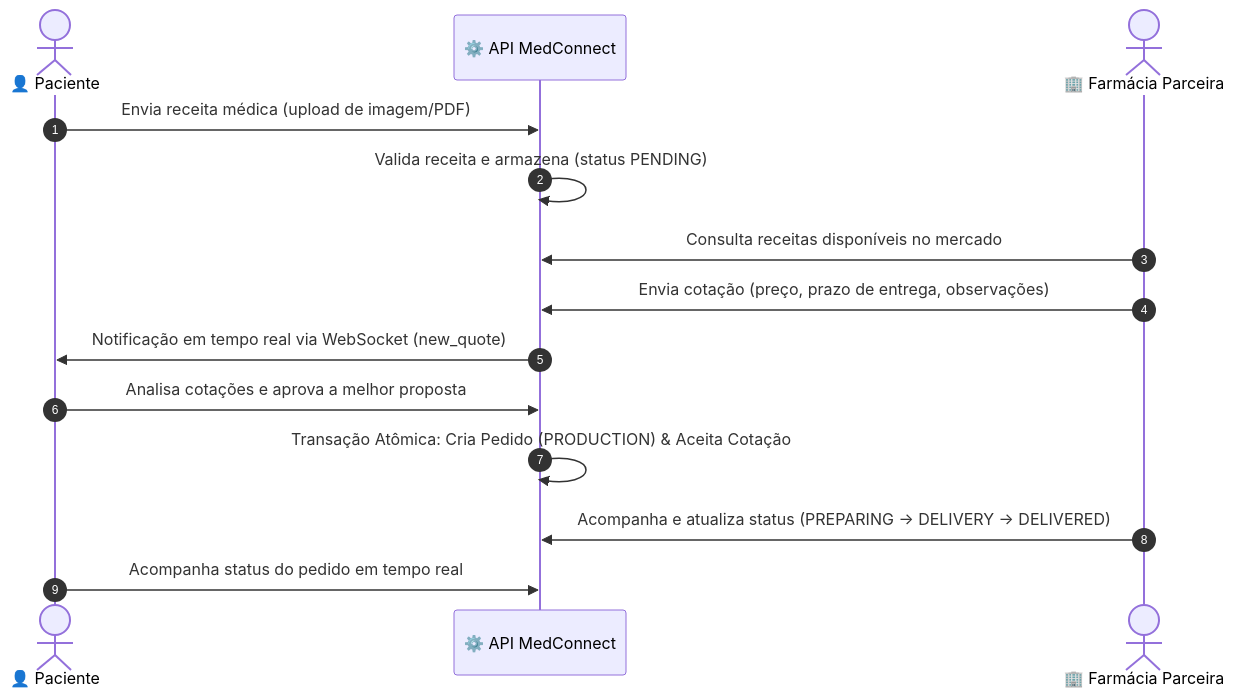
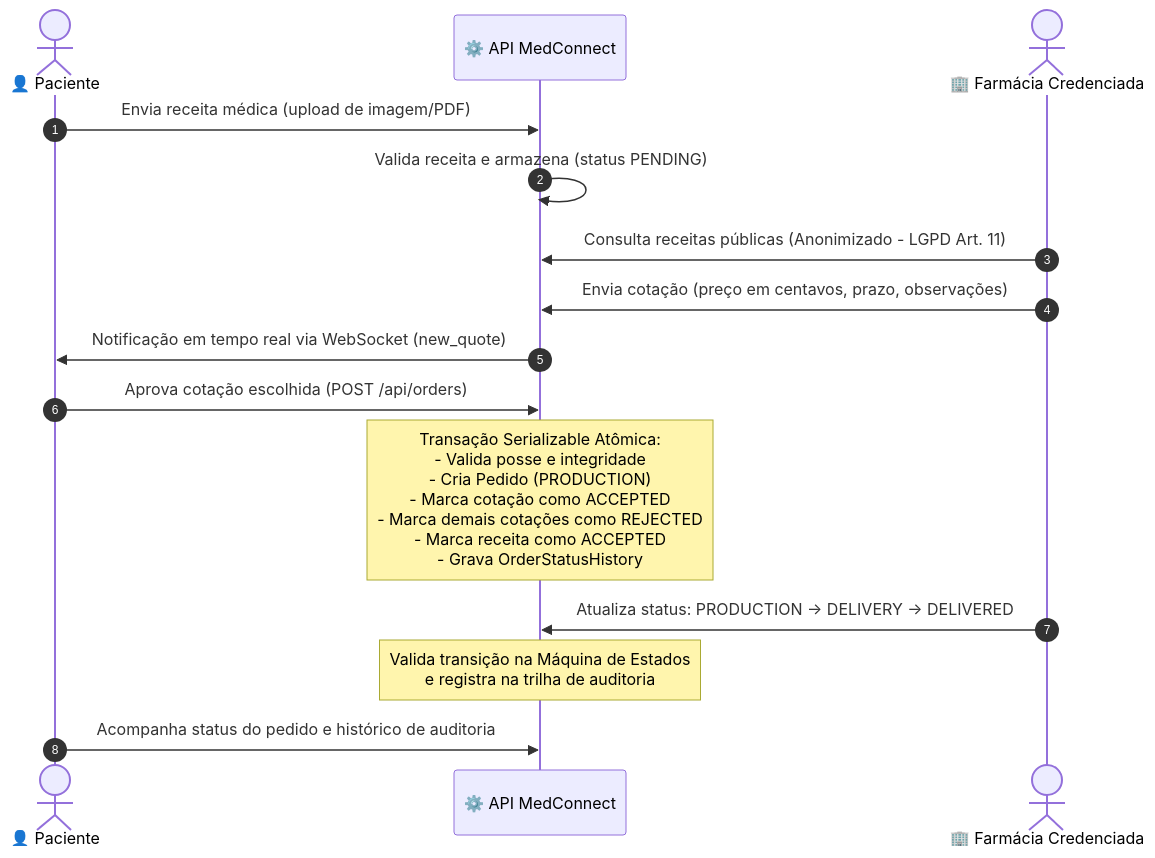
Before and after one commit to alexsander020/MedConnect_Application: the second of 2 diagrams in README.md, drawn with Mermaid. The commit also changed other lines of this file and 63 other files, not shown here.

First line of the commit message:
Fundação técnica: PostgreSQL, integridade do fluxo cotação → pedido e autenticação robusta

````diff
--- a/README.md
+++ b/README.md
@@ -80,17 +94,18 @@
 ```mermaid
 sequenceDiagram
     autonumber
     actor Paciente as 👤 Paciente
     participant API as ⚙️ API MedConnect
-    actor Farmacia as 🏢 Farmácia Parceira
+    actor Farmacia as 🏢 Farmácia Credenciada
 
     Paciente->>API: Envia receita médica (upload de imagem/PDF)
     API->>API: Valida receita e armazena (status PENDING)
-    Farmacia->>API: Consulta receitas disponíveis no mercado
-    Farmacia->>API: Envia cotação (preço, prazo de entrega, observações)
+    Farmacia->>API: Consulta receitas públicas (Anonimizado - LGPD Art. 11)
+    Farmacia->>API: Envia cotação (preço em centavos, prazo, observações)
     API->>Paciente: Notificação em tempo real via WebSocket (new_quote)
-    Paciente->>API: Analisa cotações e aprova a melhor proposta
-    API->>API: Transação Atômica: Cria Pedido (PRODUCTION) & Aceita Cotação
-    Farmacia->>API: Acompanha e atualiza status (PREPARING → DELIVERY → DELIVERED)
-    Paciente->>API: Acompanha status do pedido em tempo real
+    Paciente->>API: Aprova cotação escolhida (POST /api/orders)
+    Note over API: Transação Serializable Atômica:<br/>- Valida posse e integridade<br/>- Cria Pedido (PRODUCTION)<br/>- Marca cotação como ACCEPTED<br/>- Marca demais cotações como REJECTED<br/>- Marca receita como ACCEPTED<br/>- Grava OrderStatusHistory
+    Farmacia->>API: Atualiza status: PRODUCTION → DELIVERY → DELIVERED
+    Note over API: Valida transição na Máquina de Estados<br/>e registra na trilha de auditoria
+    Paciente->>API: Acompanha status do pedido e histórico de auditoria
 ```
````
